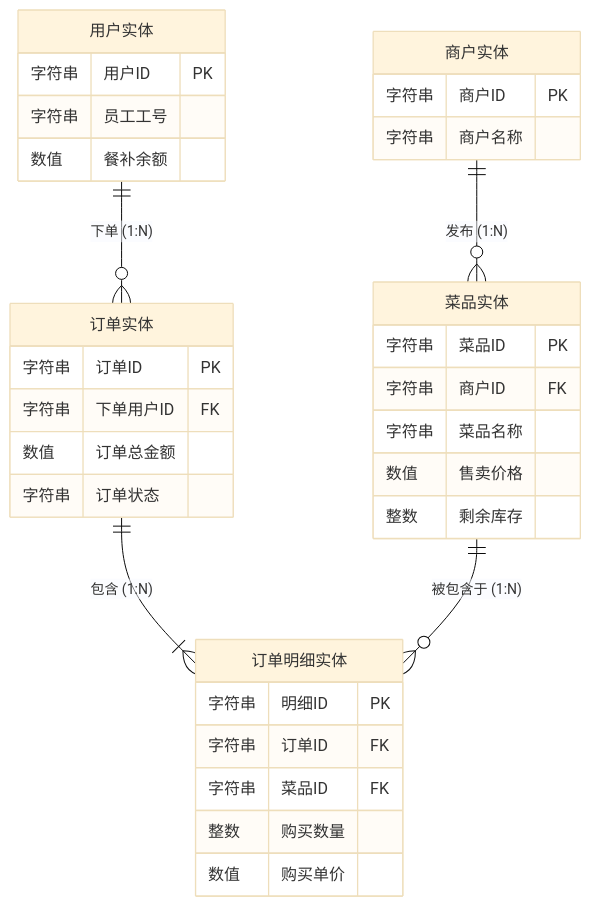
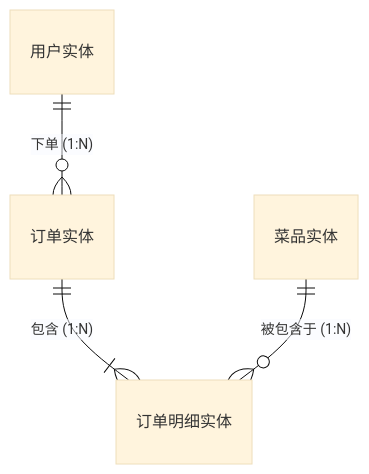
The first of 4 diagrams in skills/pm-prd/references/PRD_Example.md (ZerOne0000001/Chat-To-PRD), drawn with Mermaid (base theme) before and after one commit. The commit also changed other lines of this file and 15 other files, not shown here.

````diff
--- a/skills/pm-prd/references/PRD_Example.md
+++ b/skills/pm-prd/references/PRD_Example.md
@@ -98,45 +77,6 @@
 ```mermaid
 erDiagram
-    %% 实体关系定义：
-    %% 商户(1) 发布 菜品(N)
-    商户实体 ||--o{ 菜品实体 : "发布 (1:N)"
-    
-    %% 用户(1) 下单 订单(N)
     用户实体 ||--o{ 订单实体 : "下单 (1:N)"
-    
-    %% 订单(1) 包含 订单明细(N)
     订单实体 ||--|{ 订单明细实体 : "包含 (1:N)"
-    
-    %% 菜品(1) 被包含于 订单明细(N)
     菜品实体 ||--o{ 订单明细实体 : "被包含于 (1:N)"
-
-    商户实体 {
-        字符串 商户ID PK
-        字符串 商户名称
-    }
-    菜品实体 {
-        字符串 菜品ID PK
-        字符串 商户ID FK
-        字符串 菜品名称
-        数值 售卖价格
-        整数 剩余库存
-    }
-    用户实体 {
-        字符串 用户ID PK
-        字符串 员工工号
-        数值 餐补余额
-    }
-    订单实体 {
-        字符串 订单ID PK
-        字符串 下单用户ID FK
-        数值 订单总金额
-        字符串 订单状态
-    }
-    订单明细实体 {
-        字符串 明细ID PK
-        字符串 订单ID FK
-        字符串 菜品ID FK
-        整数 购买数量
-        数值 购买单价
-    }
 ```
````
